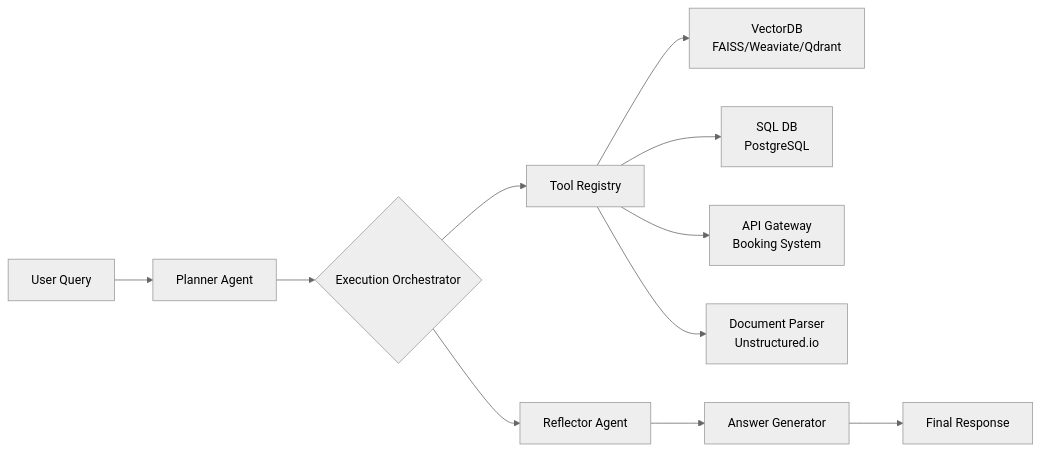
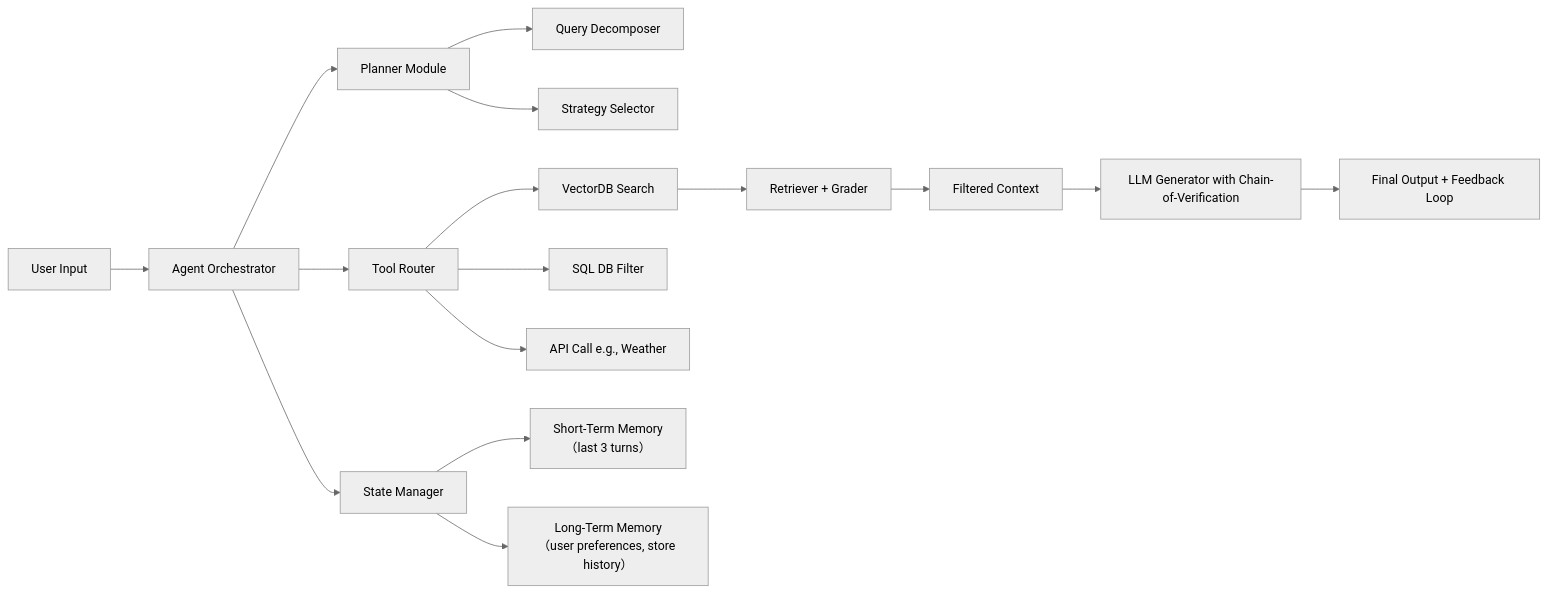
The diagram in 05-RAG检索增强生成/agentic-rag.md (liuwei1993/ai-llm-agent-knowledge), drawn with Mermaid (neutral theme) before and after one commit. The commit also changed other lines of this file and 2 other files, not shown here.

````diff
--- a/05-RAG检索增强生成/agentic-rag.md
+++ b/05-RAG检索增强生成/agentic-rag.md
@@ -41,13 +35,18 @@
 ```mermaid
 graph LR
-A[User Query] --> B[Planner Agent]
-B --> C{Execution Orchestrator}
-C --> D[Tool Registry]
-D --> E[VectorDB<br/>FAISS/Weaviate/Qdrant]
-D --> F[SQL DB<br/>PostgreSQL]
-D --> G[API Gateway<br/>Booking System]
-D --> H[Document Parser<br/>Unstructured.io]
-C --> I[Reflector Agent]
-I --> J[Answer Generator]
-J --> K[Final Response]
+A[User Input] --> B[Agent Orchestrator]
+B --> C1[Planner Module]
+B --> C2[Tool Router]
+B --> C3[State Manager]
+C1 --> D1[Query Decomposer]
+C1 --> D2[Strategy Selector]
+C2 --> E1[VectorDB Search]
+C2 --> E2[SQL DB Filter]
+C2 --> E3[API Call e.g., Weather]
+C3 --> F[Short-Term Memory<br>（last 3 turns）]
+C3 --> G[Long-Term Memory<br>（user preferences, store history）]
+E1 --> H[Retriever + Grader]
+H --> I[Filtered Context]
+I --> J[LLM Generator with Chain-of-Verification]
+J --> K[Final Output + Feedback Loop]
 ```
````
